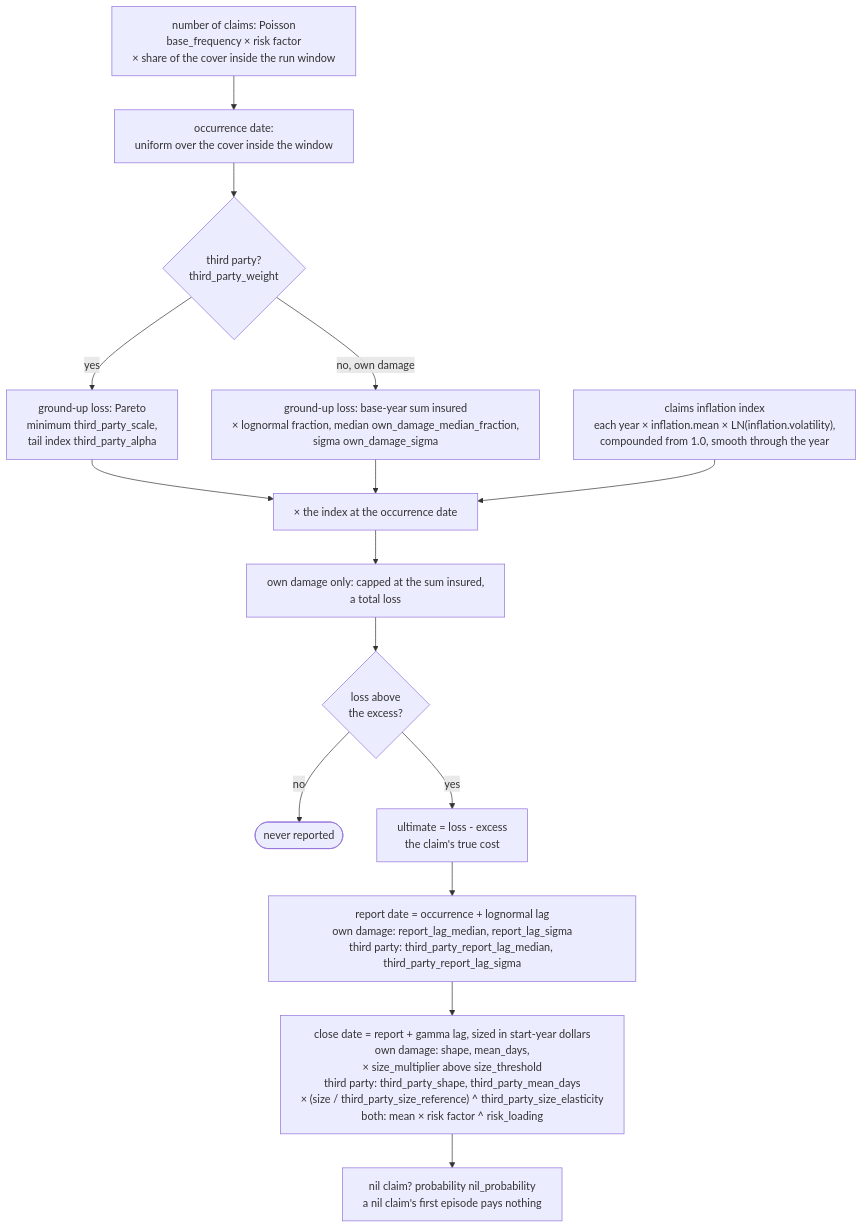
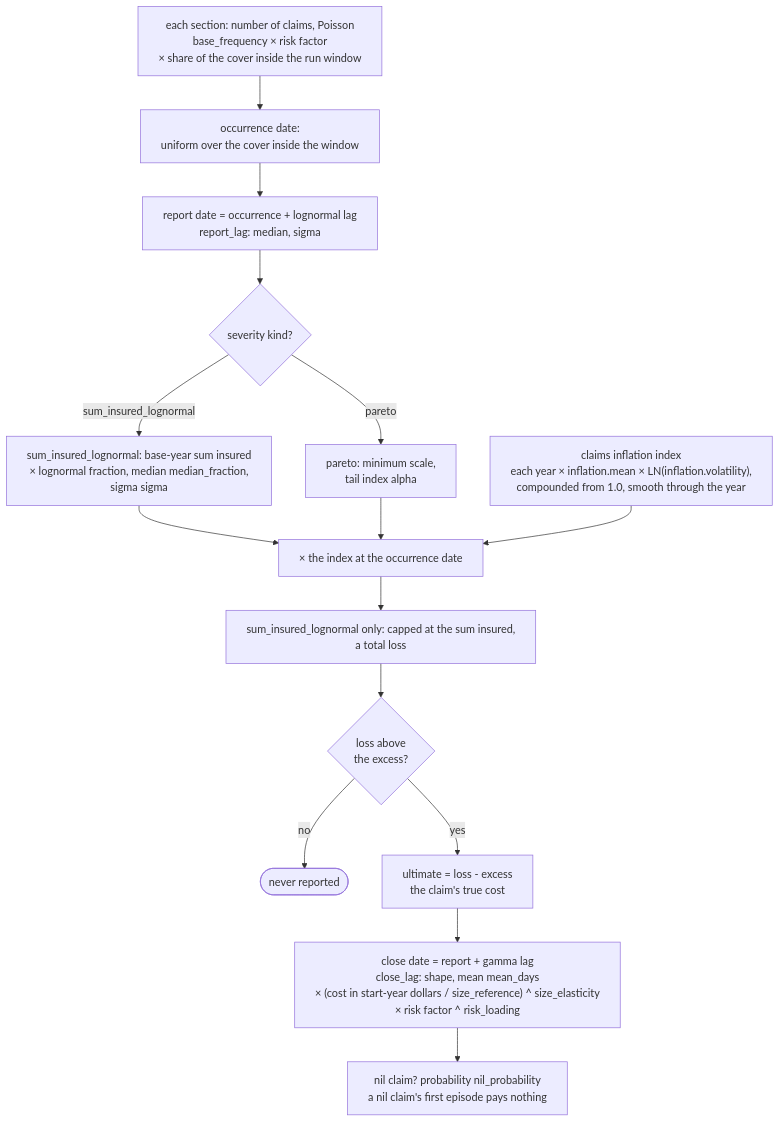
Before and after one commit to le-marais/claims-data-generator: the fourth of 10 diagrams in README.md, drawn with Mermaid. The commit also changed other lines of this file and 36 other files, not shown here.

````diff
--- a/README.md
+++ b/README.md
@@ -142,27 +142,27 @@
 ```mermaid
 %%{init: {"flowchart": {"wrappingWidth": 480}}}%%
 flowchart TD
-    count["number of claims: Poisson<br/>base_frequency × risk factor<br/>× share of the cover inside the run window"]
+    count["each section: number of claims, Poisson<br/>base_frequency × risk factor<br/>× share of the cover inside the run window"]
     occurrence["occurrence date:<br/>uniform over the cover inside the window"]
-    kind{"third party?<br/>third_party_weight"}
-    tpLoss["ground-up loss: Pareto<br/>minimum third_party_scale,<br/>tail index third_party_alpha"]
-    odLoss["ground-up loss: base-year sum insured<br/>× lognormal fraction, median own_damage_median_fraction,<br/>sigma own_damage_sigma"]
+    report["report date = occurrence + lognormal lag<br/>report_lag: median, sigma"]
+    kind{"severity kind?"}
+    siLoss["sum_insured_lognormal: base-year sum insured<br/>× lognormal fraction, median median_fraction,<br/>sigma sigma"]
+    paretoLoss["pareto: minimum scale,<br/>tail index alpha"]
     index["claims inflation index<br/>each year × inflation.mean × LN(inflation.volatility),<br/>compounded from 1.0, smooth through the year"]
     trended["× the index at the occurrence date"]
-    cap["own damage only: capped at the sum insured,<br/>a total loss"]
+    cap["sum_insured_lognormal only: capped at the sum insured,<br/>a total loss"]
     pierce{"loss above<br/>the excess?"}
     dropped(["never reported"])
     ultimate["ultimate = loss - excess<br/>the claim's true cost"]
-    report["report date = occurrence + lognormal lag<br/>own damage: report_lag_median, report_lag_sigma<br/>third party: third_party_report_lag_median, third_party_report_lag_sigma"]
-    closeDate["close date = report + gamma lag, sized in start-year dollars<br/>own damage: shape, mean_days,<br/>× size_multiplier above size_threshold<br/>third party: third_party_shape, third_party_mean_days<br/>× (size / third_party_size_reference) ^ third_party_size_elasticity<br/>both: mean × risk factor ^ risk_loading"]
+    closeDate["close date = report + gamma lag<br/>close_lag: shape, mean mean_days<br/>× (cost in start-year dollars / size_reference) ^ size_elasticity<br/>× risk factor ^ risk_loading"]
     nilFlag["nil claim? probability nil_probability<br/>a nil claim's first episode pays nothing"]
-    count --> occurrence --> kind
-    kind -- "yes" --> tpLoss
-    kind -- "no, own damage" --> odLoss
-    tpLoss --> trended
-    odLoss --> trended
+    count --> occurrence --> report --> kind
+    kind -- "sum_insured_lognormal" --> siLoss
+    kind -- "pareto" --> paretoLoss
+    siLoss --> trended
+    paretoLoss --> trended
     index --> trended
     trended --> cap --> pierce
     pierce -- "no" --> dropped
-    pierce -- "yes" --> ultimate --> report --> closeDate --> nilFlag
+    pierce -- "yes" --> ultimate --> closeDate --> nilFlag
 ```
````
